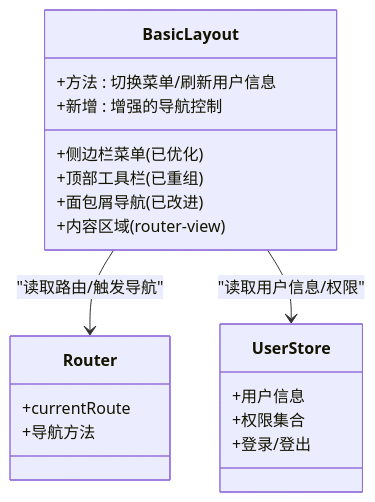
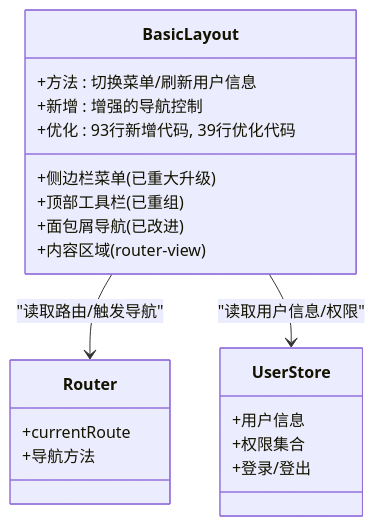
The fourth of 7 diagrams in .qoder/repowiki/zh/content/用户界面设计/管理后台架构.md (liming-lihaini/workflow), drawn with Mermaid before and after one commit. The commit also changed other lines of this file and 9 other files, not shown here.

````diff
--- a/.qoder/repowiki/zh/content/用户界面设计/管理后台架构.md
+++ b/.qoder/repowiki/zh/content/用户界面设计/管理后台架构.md
@@ -198,22 +199,23 @@
 ```mermaid
 classDiagram
 class BasicLayout {
-+侧边栏菜单(已优化)
++侧边栏菜单(已重大升级)
 +顶部工具栏(已重组)
 +面包屑导航(已改进)
 +内容区域(router-view)
 +方法 : 切换菜单/刷新用户信息
 +新增 : 增强的导航控制
++优化 : 93行新增代码, 39行优化代码
 }
 class Router {
 +currentRoute
 +导航方法
 }
 class UserStore {
 +用户信息
 +权限集合
 +登录/登出
 }
 BasicLayout --> Router : "读取路由/触发导航"
 BasicLayout --> UserStore : "读取用户信息/权限"
 ```
````
